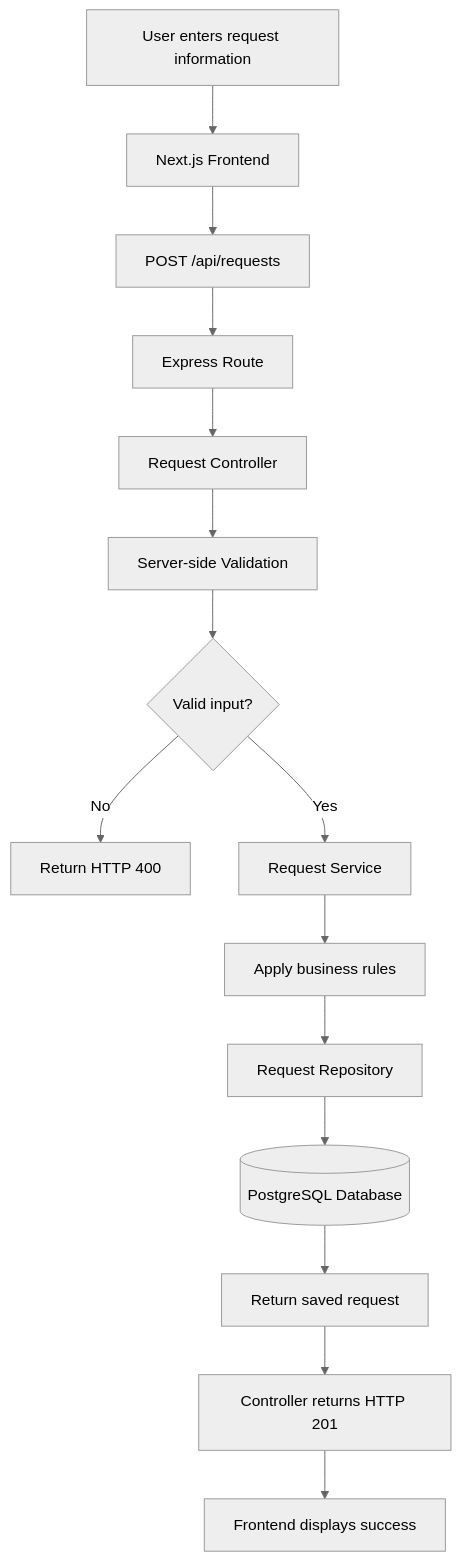
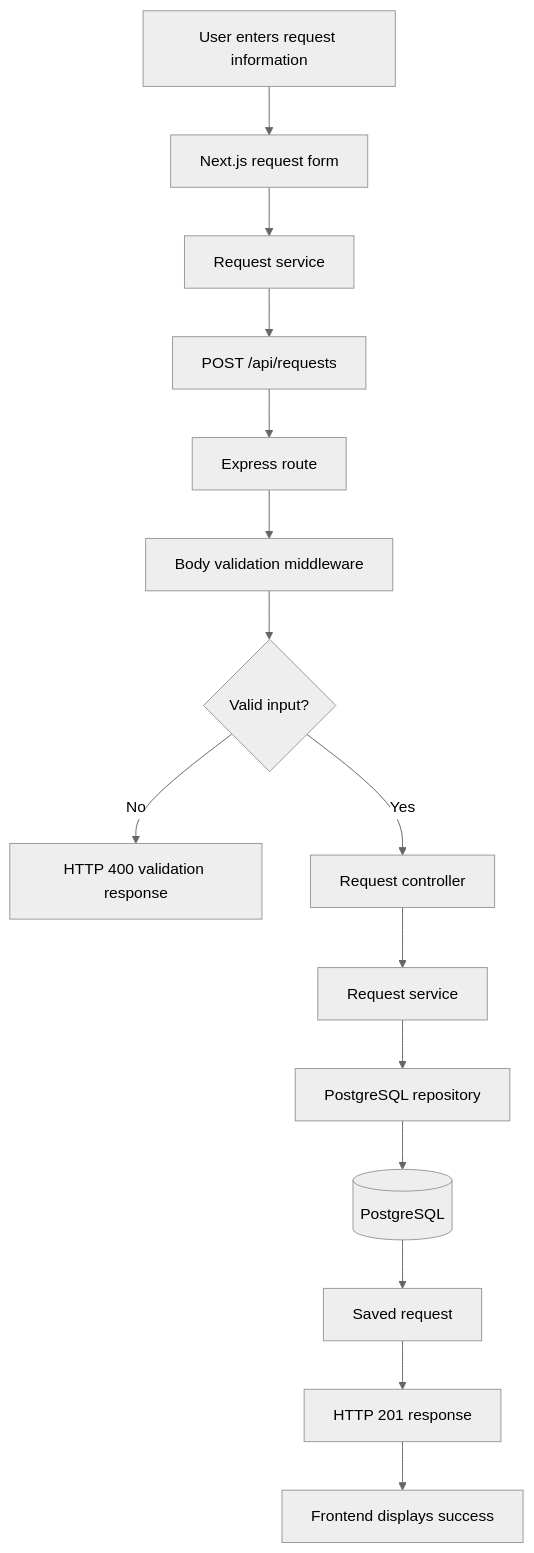
The third of 3 diagrams in docs/architecture.md (SilvaDeShakila/VisionRoot-Software-Engineering-Training), drawn with Mermaid (neutral theme) before and after one commit. The commit also changed other lines of this file and 3 other files, not shown here.

````diff
--- a/docs/architecture.md
+++ b/docs/architecture.md
@@ -134,17 +131,17 @@
 ```mermaid
 flowchart TD
-    A["User enters request information"] --> B["Next.js Frontend"]
-    B --> C["POST /api/requests"]
-    C --> D["Express Route"]
-    D --> E["Request Controller"]
-    E --> F["Server-side Validation"]
+    A["User enters request information"] --> B["Next.js request form"]
+    B --> C["Request service"]
+    C --> D["POST /api/requests"]
+    D --> E["Express route"]
+    E --> F["Body validation middleware"]
     F --> G{"Valid input?"}
-    G -->|"No"| H["Return HTTP 400"]
-    G -->|"Yes"| I["Request Service"]
-    I --> J["Apply business rules"]
-    J --> K["Request Repository"]
-    K --> L[("PostgreSQL Database")]
-    L --> M["Return saved request"]
-    M --> N["Controller returns HTTP 201"]
+    G -->|"No"| H["HTTP 400 validation response"]
+    G -->|"Yes"| I["Request controller"]
+    I --> J["Request service"]
+    J --> K["PostgreSQL repository"]
+    K --> L[("PostgreSQL")]
+    L --> M["Saved request"]
+    M --> N["HTTP 201 response"]
     N --> O["Frontend displays success"]
 ```
````
